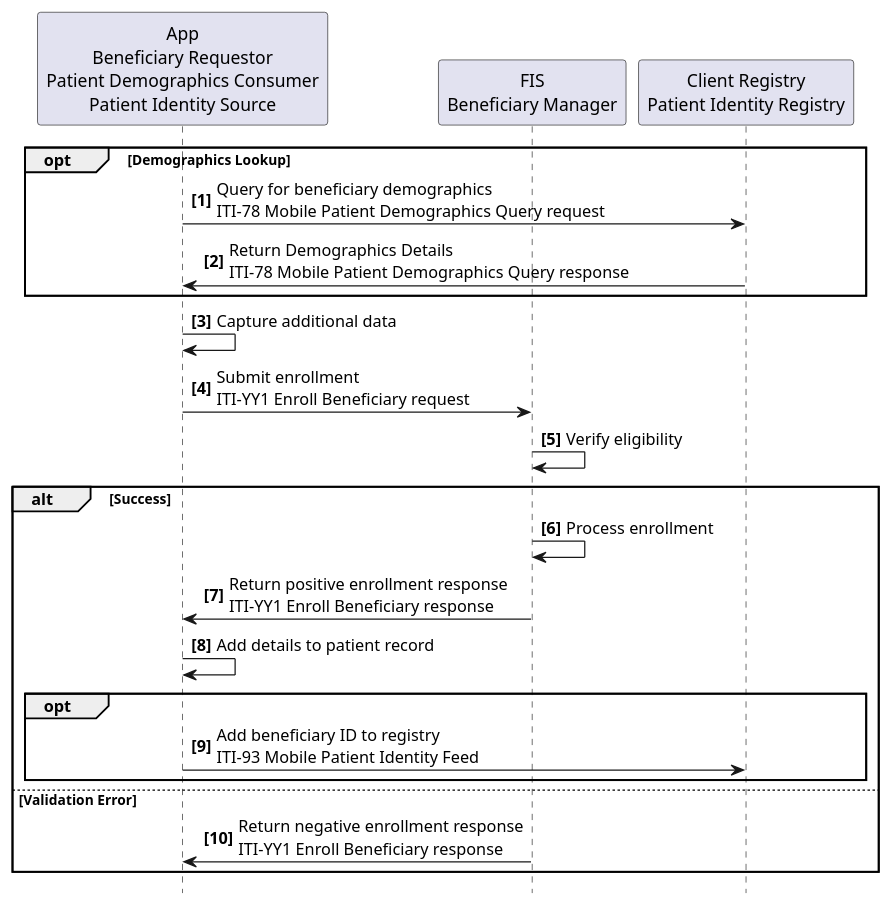
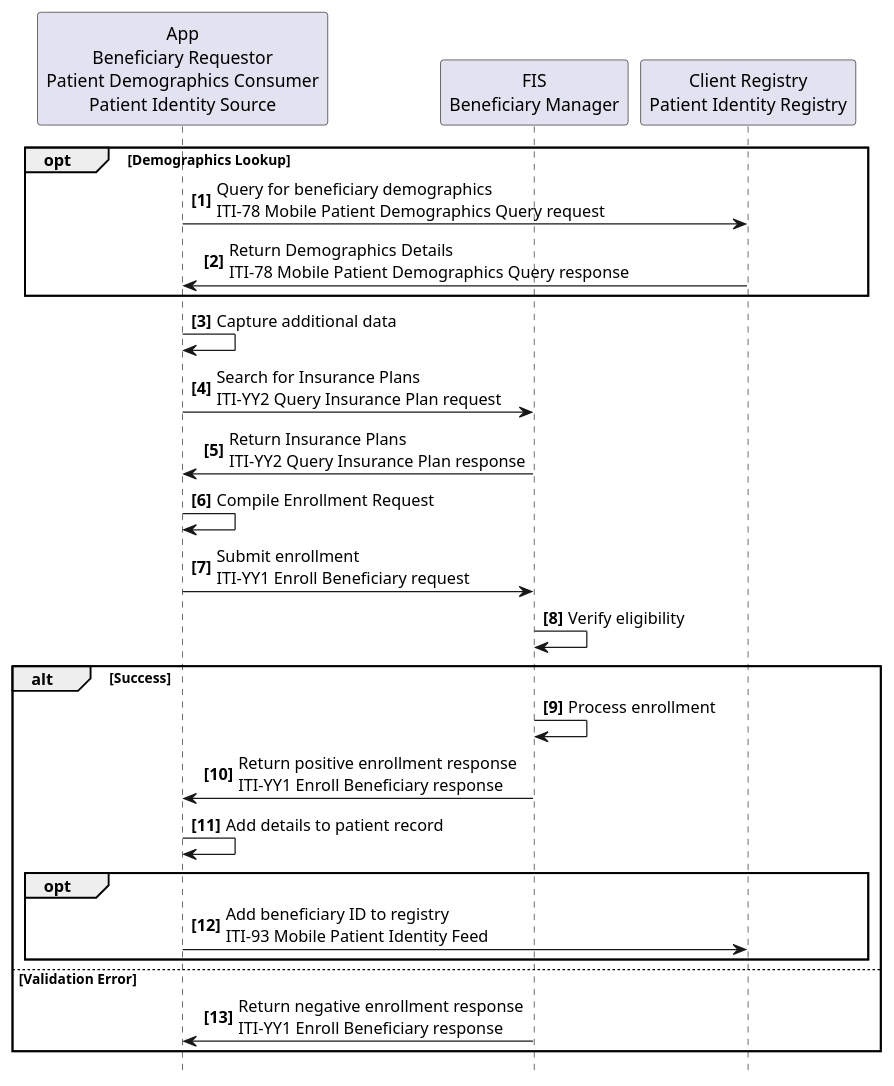
Before and after one commit to IHE/ITI.Finance: the diagram in input/images-source/usecase1-processflow.plantuml, drawn with PlantUML. The commit also changed 3 other files, not shown here.

Commit message:
Added insurnace plan to use case 1 sequence diagram.  Added examples based on use case 1.

```diff
--- a/input/images-source/usecase1-processflow.plantuml
+++ b/input/images-source/usecase1-processflow.plantuml
@@ -1,28 +1,31 @@
 @startuml
 skinparam svgDimensionStyle false
 hide footbox
 autonumber "<b>[0]"
 
 participant "App\nBeneficiary Requestor\nPatient Demographics Consumer\nPatient Identity Source" as App
 participant "FIS\nBeneficiary Manager" as FIS
 participant "Client Registry\nPatient Identity Registry" as CR
 
 opt Demographics Lookup
   App->CR: Query for beneficiary demographics\nITI-78 Mobile Patient Demographics Query request
   CR->App: Return Demographics Details\nITI-78 Mobile Patient Demographics Query response
 end
 App->App: Capture additional data
+App->FIS: Search for Insurance Plans\nITI-YY2 Query Insurance Plan request
+FIS->App: Return Insurance Plans\nITI-YY2 Query Insurance Plan response
+App->App: Compile Enrollment Request
 App->FIS: Submit enrollment\nITI-YY1 Enroll Beneficiary request
 FIS->FIS: Verify eligibility
 alt Success
   FIS->FIS: Process enrollment
   FIS->App: Return positive enrollment response\nITI-YY1 Enroll Beneficiary response
   App->App: Add details to patient record
   opt
     App->CR: Add beneficiary ID to registry\nITI-93 Mobile Patient Identity Feed
   end
 else Validation Error
   FIS->App: Return negative enrollment response\nITI-YY1 Enroll Beneficiary response
 end
 
 @enduml
```
